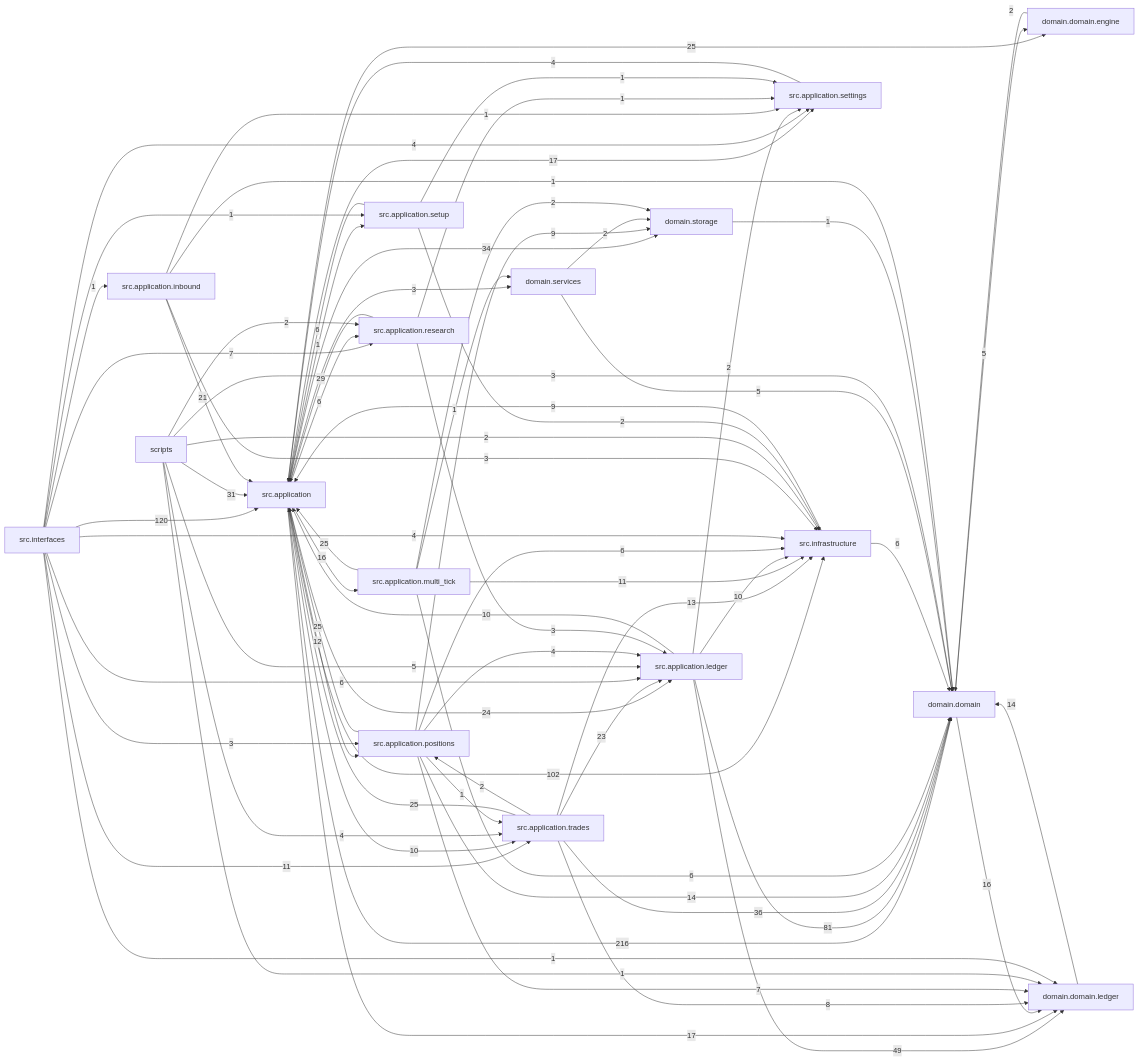
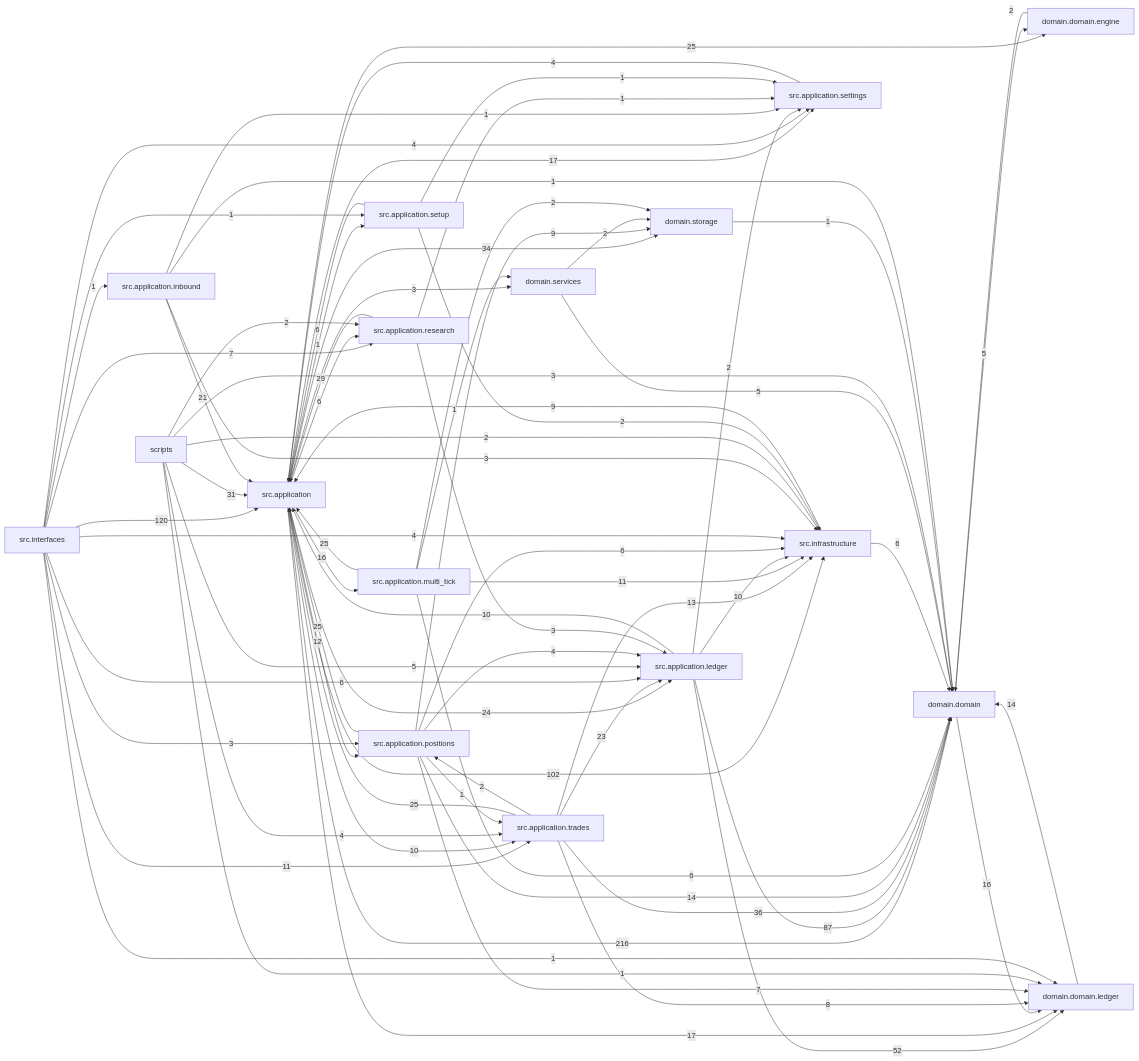
The diagram in docs/dependency_graph.mmd (liuxie066/options-monitor), drawn with Mermaid before and after one commit. The commit also changed 28 other files, not shown here.

```diff
--- a/docs/dependency_graph.mmd
+++ b/docs/dependency_graph.mmd
@@ -1,74 +1,74 @@
 flowchart LR
   src_application["src.application"] -->|216| domain_domain["domain.domain"]
   src_interfaces["src.interfaces"] -->|120| src_application["src.application"]
   src_application["src.application"] -->|102| src_infrastructure["src.infrastructure"]
-  src_application_ledger["src.application.ledger"] -->|81| domain_domain["domain.domain"]
-  src_application_ledger["src.application.ledger"] -->|49| domain_domain_ledger["domain.domain.ledger"]
+  src_application_ledger["src.application.ledger"] -->|87| domain_domain["domain.domain"]
+  src_application_ledger["src.application.ledger"] -->|52| domain_domain_ledger["domain.domain.ledger"]
   src_application_trades["src.application.trades"] -->|36| domain_domain["domain.domain"]
   src_application["src.application"] -->|34| domain_storage["domain.storage"]
   scripts["scripts"] -->|31| src_application["src.application"]
   src_application_research["src.application.research"] -->|29| src_application["src.application"]
   src_application["src.application"] -->|25| domain_domain_engine["domain.domain.engine"]
   src_application_multi_tick["src.application.multi_tick"] -->|25| src_application["src.application"]
   src_application_positions["src.application.positions"] -->|25| src_application["src.application"]
   src_application_trades["src.application.trades"] -->|25| src_application["src.application"]
   src_application["src.application"] -->|24| src_application_ledger["src.application.ledger"]
   src_application_trades["src.application.trades"] -->|23| src_application_ledger["src.application.ledger"]
   src_application_inbound["src.application.inbound"] -->|21| src_application["src.application"]
   src_application["src.application"] -->|17| domain_domain_ledger["domain.domain.ledger"]
   src_application["src.application"] -->|17| src_application_settings["src.application.settings"]
   domain_domain["domain.domain"] -->|16| domain_domain_ledger["domain.domain.ledger"]
   src_application["src.application"] -->|16| src_application_multi_tick["src.application.multi_tick"]
   domain_domain_ledger["domain.domain.ledger"] -->|14| domain_domain["domain.domain"]
   src_application_positions["src.application.positions"] -->|14| domain_domain["domain.domain"]
   src_application_trades["src.application.trades"] -->|13| src_infrastructure["src.infrastructure"]
   src_application["src.application"] -->|12| src_application_positions["src.application.positions"]
   src_application_multi_tick["src.application.multi_tick"] -->|11| src_infrastructure["src.infrastructure"]
   src_interfaces["src.interfaces"] -->|11| src_application_trades["src.application.trades"]
   src_application["src.application"] -->|10| src_application_trades["src.application.trades"]
   src_application_ledger["src.application.ledger"] -->|10| src_application["src.application"]
   src_application_ledger["src.application.ledger"] -->|10| src_infrastructure["src.infrastructure"]
   src_application_positions["src.application.positions"] -->|9| domain_storage["domain.storage"]
   src_infrastructure["src.infrastructure"] -->|9| src_application["src.application"]
   src_application_trades["src.application.trades"] -->|8| domain_domain_ledger["domain.domain.ledger"]
   src_application_positions["src.application.positions"] -->|7| domain_domain_ledger["domain.domain.ledger"]
   src_interfaces["src.interfaces"] -->|7| src_application_research["src.application.research"]
   src_application["src.application"] -->|6| src_application_research["src.application.research"]
   src_application_multi_tick["src.application.multi_tick"] -->|6| domain_domain["domain.domain"]
   src_application_positions["src.application.positions"] -->|6| src_infrastructure["src.infrastructure"]
   src_application_setup["src.application.setup"] -->|6| src_application["src.application"]
   src_infrastructure["src.infrastructure"] -->|6| domain_domain["domain.domain"]
   src_interfaces["src.interfaces"] -->|6| src_application_ledger["src.application.ledger"]
   domain_domain["domain.domain"] -->|5| domain_domain_engine["domain.domain.engine"]
   domain_services["domain.services"] -->|5| domain_domain["domain.domain"]
   scripts["scripts"] -->|5| src_application_ledger["src.application.ledger"]
   scripts["scripts"] -->|4| src_application_trades["src.application.trades"]
   src_application_positions["src.application.positions"] -->|4| src_application_ledger["src.application.ledger"]
   src_application_settings["src.application.settings"] -->|4| src_application["src.application"]
   src_interfaces["src.interfaces"] -->|4| src_application_settings["src.application.settings"]
   src_interfaces["src.interfaces"] -->|4| src_infrastructure["src.infrastructure"]
   scripts["scripts"] -->|3| domain_domain["domain.domain"]
   src_application["src.application"] -->|3| domain_services["domain.services"]
   src_application_inbound["src.application.inbound"] -->|3| src_infrastructure["src.infrastructure"]
   src_application_research["src.application.research"] -->|3| src_application_ledger["src.application.ledger"]
   src_interfaces["src.interfaces"] -->|3| src_application_positions["src.application.positions"]
   domain_domain_engine["domain.domain.engine"] -->|2| domain_domain["domain.domain"]
   domain_services["domain.services"] -->|2| domain_storage["domain.storage"]
   scripts["scripts"] -->|2| src_application_research["src.application.research"]
   scripts["scripts"] -->|2| src_infrastructure["src.infrastructure"]
   src_application_ledger["src.application.ledger"] -->|2| src_application_settings["src.application.settings"]
   src_application_multi_tick["src.application.multi_tick"] -->|2| domain_storage["domain.storage"]
   src_application_setup["src.application.setup"] -->|2| src_infrastructure["src.infrastructure"]
   src_application_trades["src.application.trades"] -->|2| src_application_positions["src.application.positions"]
   domain_storage["domain.storage"] -->|1| domain_domain["domain.domain"]
   scripts["scripts"] -->|1| domain_domain_ledger["domain.domain.ledger"]
   src_application["src.application"] -->|1| src_application_setup["src.application.setup"]
   src_application_inbound["src.application.inbound"] -->|1| domain_domain["domain.domain"]
   src_application_inbound["src.application.inbound"] -->|1| src_application_settings["src.application.settings"]
   src_application_multi_tick["src.application.multi_tick"] -->|1| domain_services["domain.services"]
   src_application_positions["src.application.positions"] -->|1| src_application_trades["src.application.trades"]
   src_application_research["src.application.research"] -->|1| src_application_settings["src.application.settings"]
   src_application_setup["src.application.setup"] -->|1| src_application_settings["src.application.settings"]
   src_interfaces["src.interfaces"] -->|1| domain_domain_ledger["domain.domain.ledger"]
   src_interfaces["src.interfaces"] -->|1| src_application_inbound["src.application.inbound"]
   src_interfaces["src.interfaces"] -->|1| src_application_setup["src.application.setup"]
```
